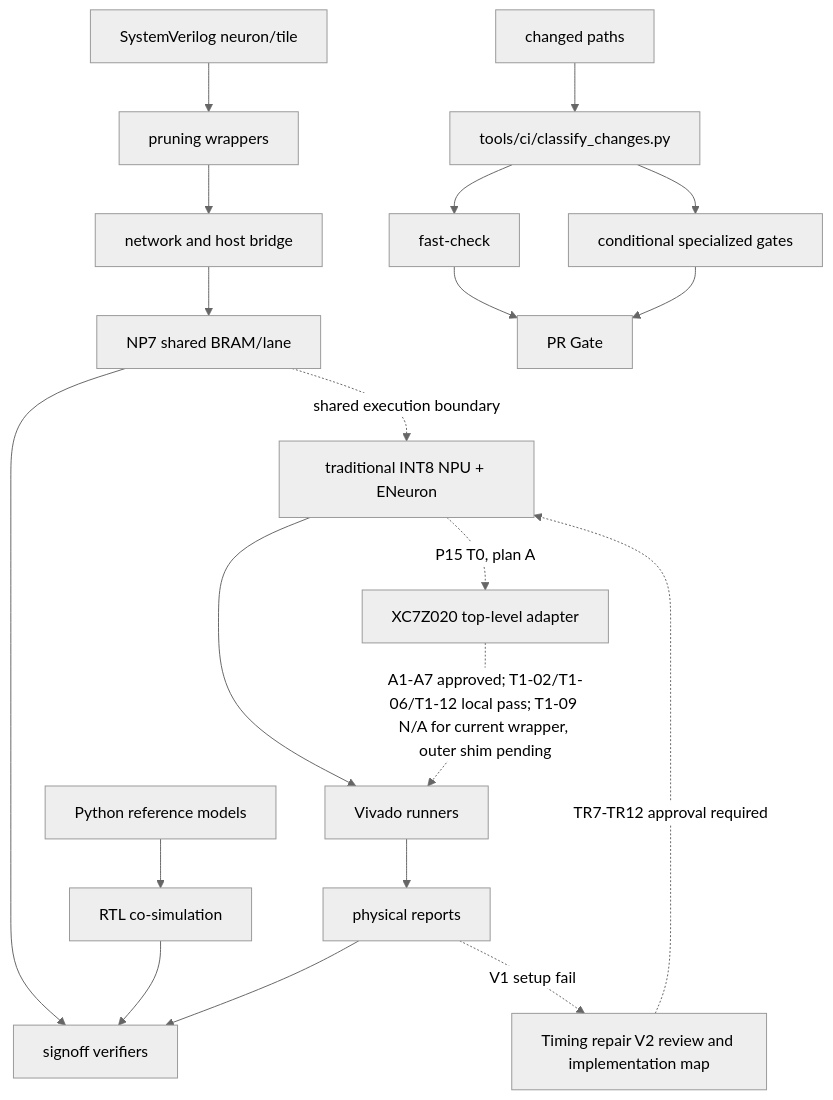
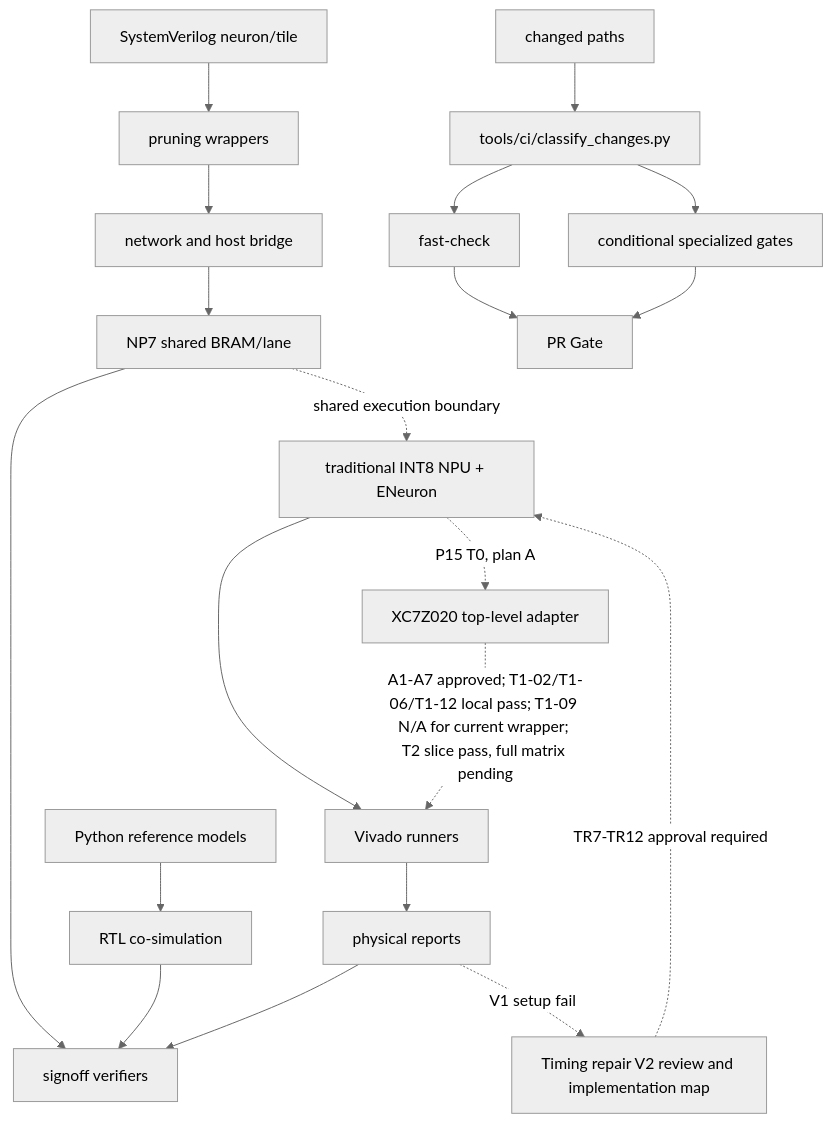
The diagram in .nexus-map/arch/dependencies.md (Epslion404/ENeuron), drawn with Mermaid (neutral theme) before and after one commit. The commit also changed other lines of this file and 5 other files, not shown here.

````diff
--- a/.nexus-map/arch/dependencies.md
+++ b/.nexus-map/arch/dependencies.md
@@ -7,22 +7,22 @@
 ```mermaid
 graph TD
   ref[Python reference models] --> cosim[RTL co-simulation]
   rtl[SystemVerilog neuron/tile] --> wrap[pruning wrappers]
   wrap --> net[network and host bridge]
   net --> np7[NP7 shared BRAM/lane]
   np7 --> verify[signoff verifiers]
   cosim --> verify[signoff verifiers]
   vivado[Vivado runners] --> reports[physical reports]
   reports --> verify
   reports -. V1 setup fail .-> timing[Timing repair V2 review and implementation map]
   timing -. TR7-TR12 approval required .-> npu
   np7 -. shared execution boundary .-> npu[traditional INT8 NPU + ENeuron]
   npu --> vivado
   npu -. P15 T0, plan A .-> p15[XC7Z020 top-level adapter]
-  p15 -. A1-A7 approved; T1-02/T1-06/T1-12 local pass; T1-09 N/A for current wrapper, outer shim pending .-> vivado
+  p15 -. A1-A7 approved; T1-02/T1-06/T1-12 local pass; T1-09 N/A for current wrapper; T2 slice pass, full matrix pending .-> vivado
   changes[changed paths] --> classify[tools/ci/classify_changes.py]
   classify --> fast[fast-check]
   classify --> specialized[conditional specialized gates]
   fast --> gate[PR Gate]
   specialized --> gate
 ```
````
